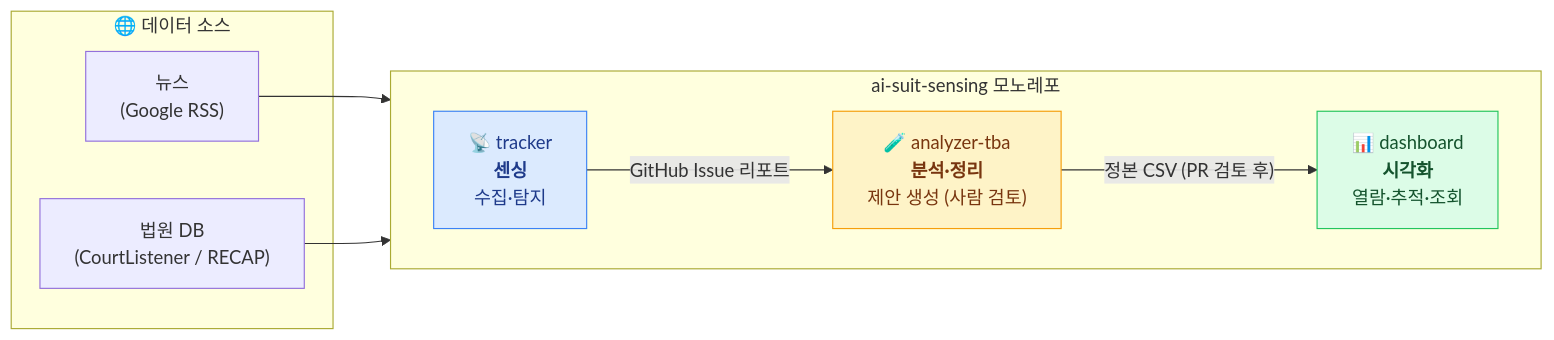
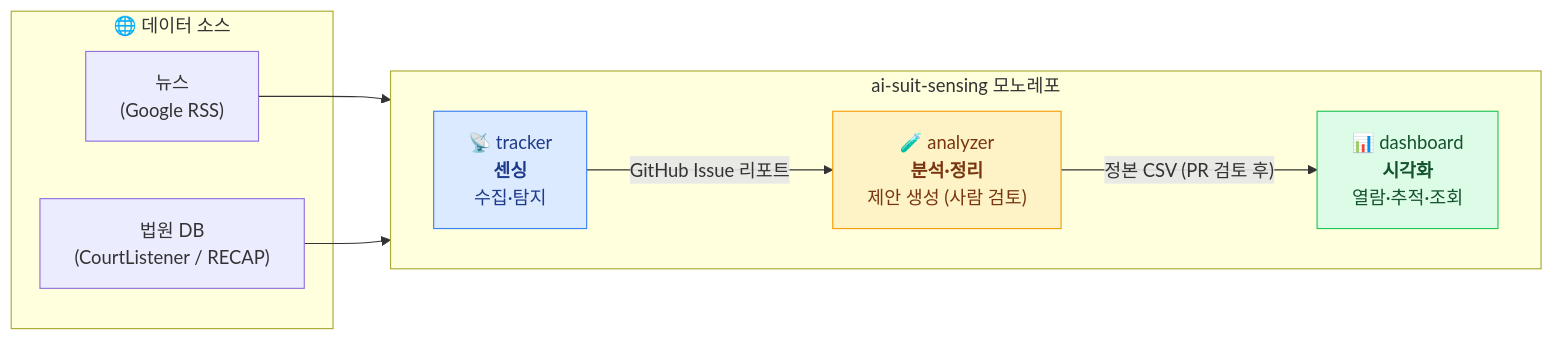
Before and after one commit to aigovsensing/ai-suit-sensing: the first of 3 diagrams in README.md, drawn with Mermaid. The commit also changed other lines of this file and 22 other files, not shown here.

First line of the commit message:
refactor: analyzer-tba 컴포넌트를 analyzer로 개명

````diff
--- a/README.md
+++ b/README.md
@@ -19,23 +19,23 @@
 ```mermaid
 flowchart LR
     subgraph SRC["🌐 데이터 소스"]
         RSS["뉴스<br/>(Google RSS)"]
         CL["법원 DB<br/>(CourtListener / RECAP)"]
     end
 
     subgraph PIPE["ai-suit-sensing 모노레포"]
         direction LR
         T["📡 tracker<br/><b>센싱</b><br/>수집·탐지"]
-        A["🧪 analyzer-tba<br/><b>분석·정리</b><br/>제안 생성 (사람 검토)"]
+        A["🧪 analyzer<br/><b>분석·정리</b><br/>제안 생성 (사람 검토)"]
         D["📊 dashboard<br/><b>시각화</b><br/>열람·추적·조회"]
         T -->|GitHub Issue 리포트| A
         A -->|"정본 CSV (PR 검토 후)"| D
     end
 
     RSS --> T
     CL --> T
 
     style T fill:#dbeafe,stroke:#3b82f6,color:#1e3a8a
     style A fill:#fef3c7,stroke:#f59e0b,color:#78350f
     style D fill:#dcfce7,stroke:#22c55e,color:#14532d
 ```
````
